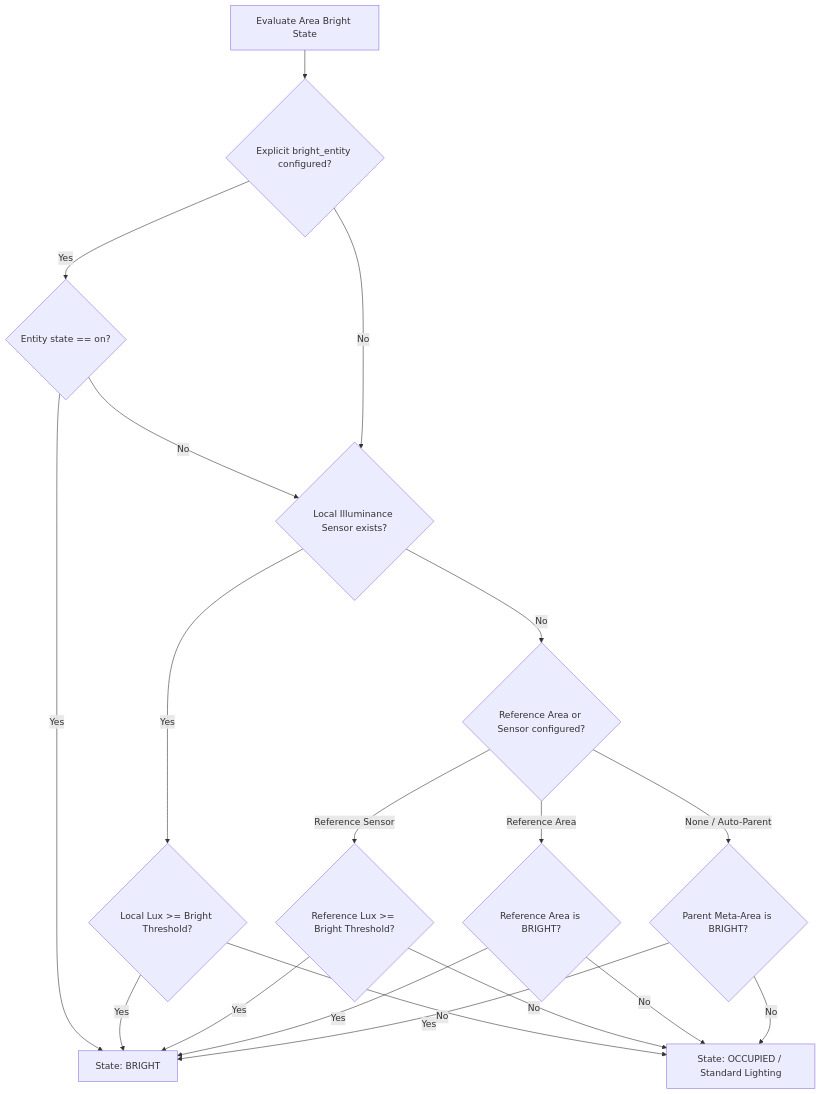
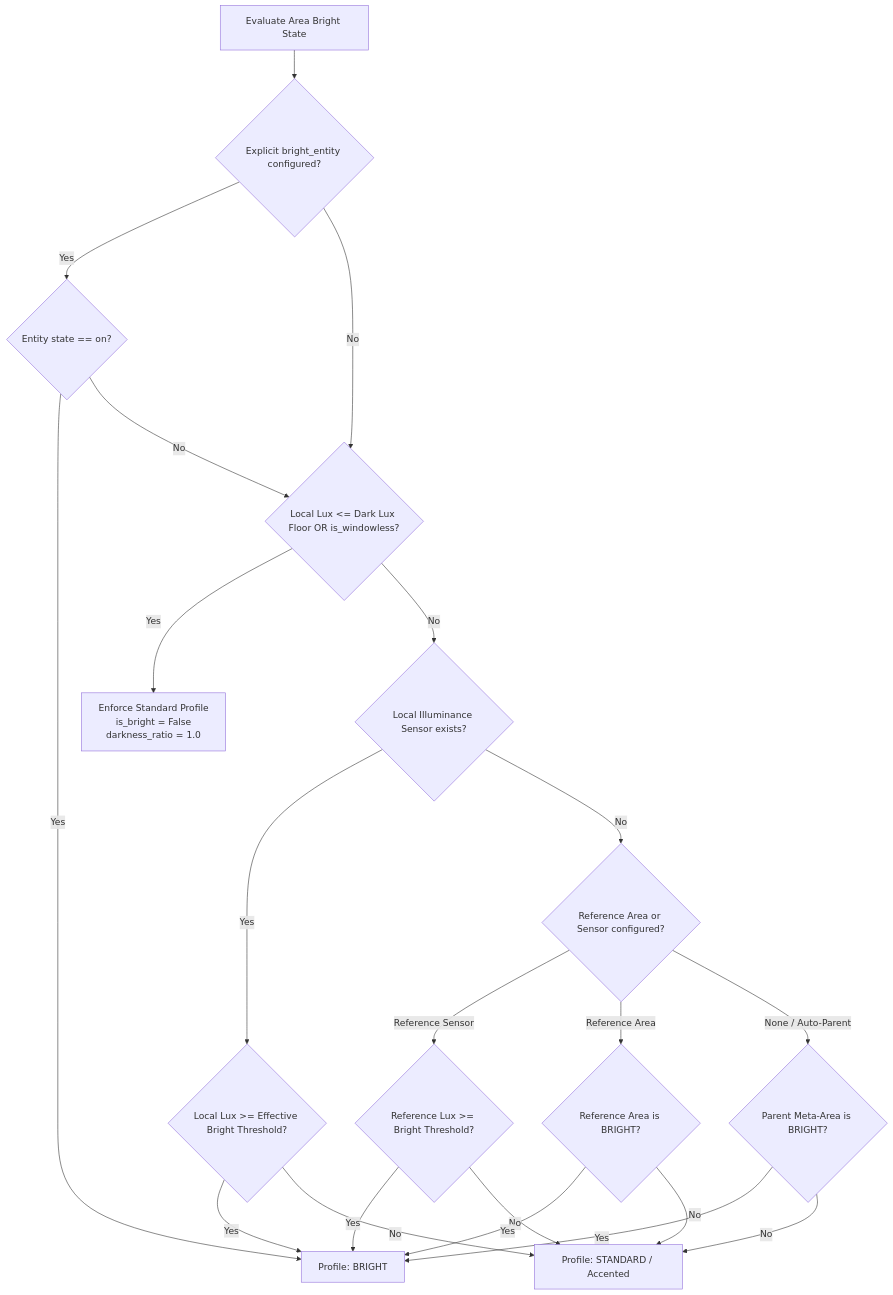
Before and after one commit to pinkfish/hass-simply-magic-areas: the sixth of 6 diagrams in SYSTEM_SPEC.md, drawn with Mermaid. The commit also changed other lines of this file and 9 other files, not shown here.

````diff
--- a/SYSTEM_SPEC.md
+++ b/SYSTEM_SPEC.md
@@ -278,25 +278,28 @@
 ```mermaid
 flowchart TD
     A[Evaluate Area Bright State] --> B{Explicit bright_entity configured?}
     B -- Yes --> C{Entity state == on?}
-    C -- Yes --> Bright[State: BRIGHT]
-    C -- No --> D{Local Illuminance Sensor exists?}
-    B -- No --> D
+    C -- Yes --> Bright[Profile: BRIGHT]
+    C -- No --> FloorCheck
+    B -- No --> FloorCheck{Local Lux <= Dark Lux Floor OR is_windowless?}
 
-    D -- Yes --> E{Local Lux >= Bright Threshold?}
+    FloorCheck -- Yes --> ForceDark[Enforce Standard Profile<br/>is_bright = False<br/>darkness_ratio = 1.0]
+    FloorCheck -- No --> D{Local Illuminance Sensor exists?}
+
+    D -- Yes --> E{Local Lux >= Effective Bright Threshold?}
     E -- Yes --> Bright
-    E -- No --> NotBright[State: OCCUPIED / Standard Lighting]
+    E -- No --> NotBright[Profile: STANDARD / Accented]
 
     D -- No --> F{Reference Area or Sensor configured?}
     F -- Reference Sensor --> G{Reference Lux >= Bright Threshold?}
     G -- Yes --> Bright
     G -- No --> NotBright
 
     F -- Reference Area --> H{Reference Area is BRIGHT?}
     H -- Yes --> Bright
     H -- No --> NotBright
 
     F -- None / Auto-Parent --> I{Parent Meta-Area is BRIGHT?}
     I -- Yes --> Bright
     I -- No --> NotBright
 ```
````
